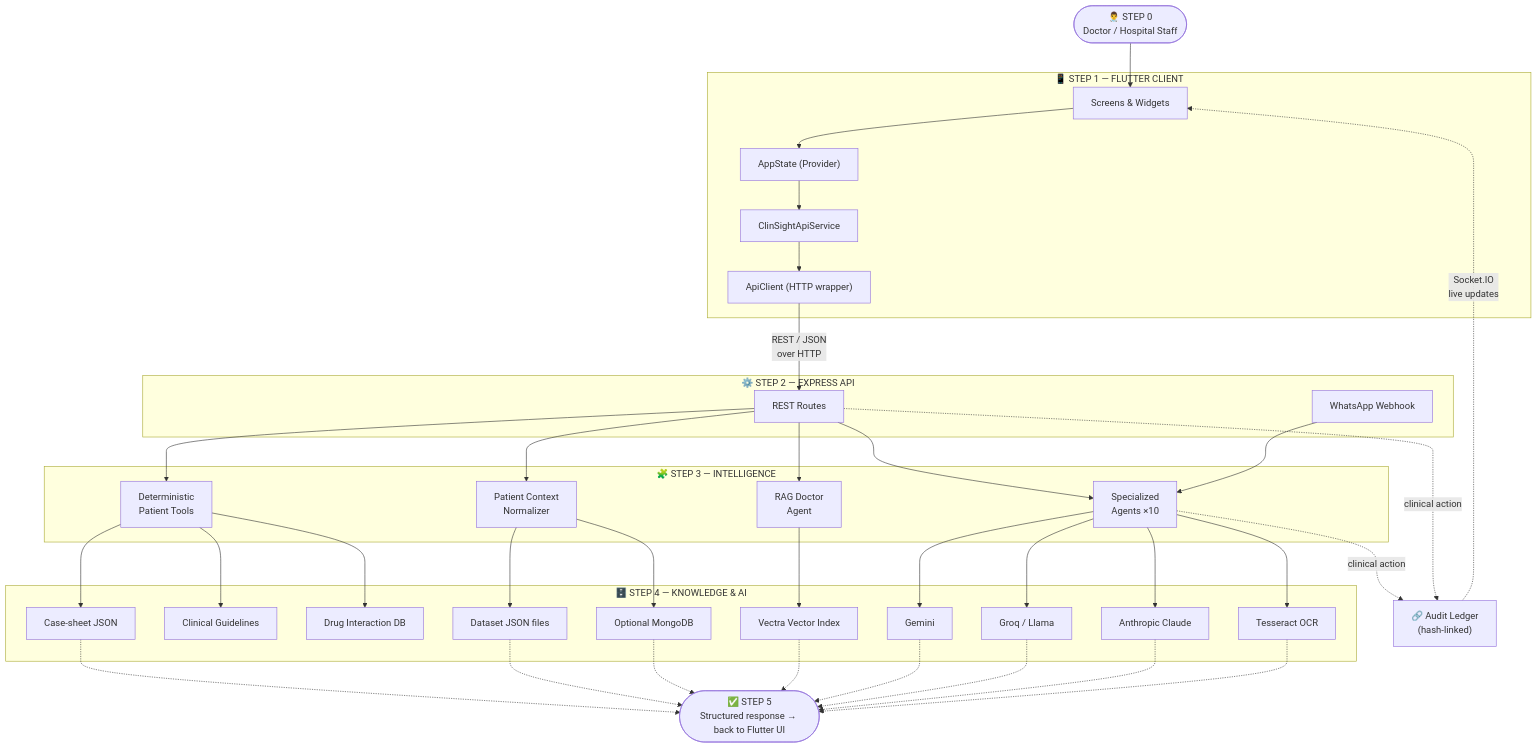
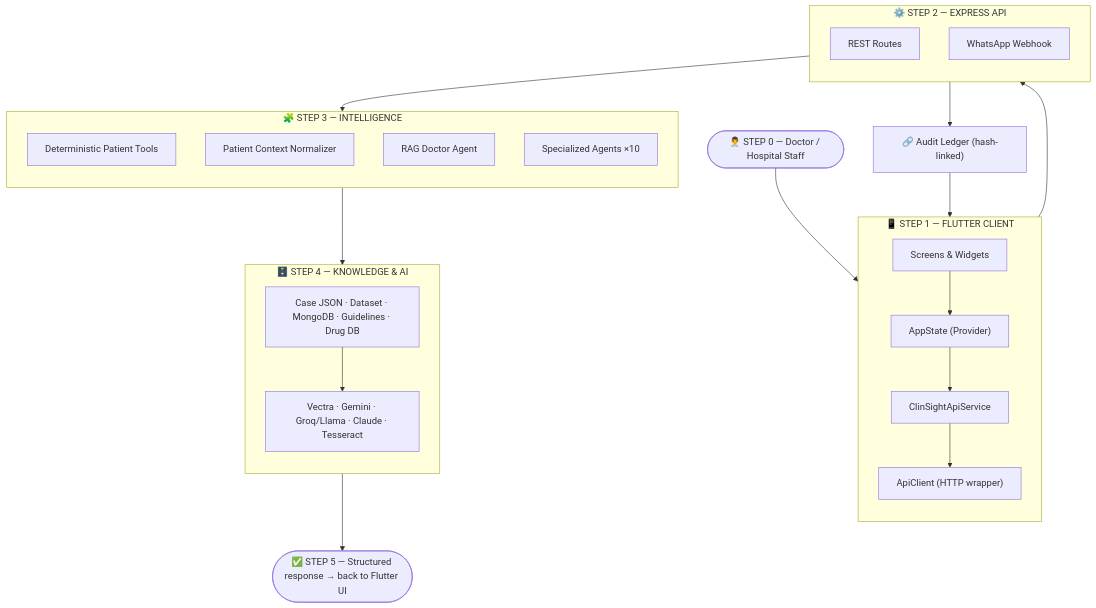
Before and after one commit to dipsitarout/ClinSight: the first of 8 diagrams in README.md, drawn with Mermaid. The commit also changed other lines of this file, not shown here.

````diff
--- a/README.md
+++ b/README.md
@@ -65,72 +65,48 @@
 ```mermaid
 flowchart TB
-    Doctor(["👨‍⚕️ STEP 0\nDoctor / Hospital Staff"])
-
-    Doctor --> UI
+    Doctor(["👨‍⚕️ STEP 0 — Doctor / Hospital Staff"])
+    Doctor --> S1
 
     subgraph S1["📱 STEP 1 — FLUTTER CLIENT"]
+        direction TB
         UI["Screens & Widgets"]
-        UI --> State["AppState (Provider)"]
-        State --> API["ClinSightApiService"]
-        API --> HTTPClient["ApiClient (HTTP wrapper)"]
+        State["AppState (Provider)"]
+        API["ClinSightApiService"]
+        HTTPClient["ApiClient (HTTP wrapper)"]
+        UI --> State --> API --> HTTPClient
     end
 
-    HTTPClient -- "REST / JSON\nover HTTP" --> Routes
+    S1 --> S2
 
     subgraph S2["⚙️ STEP 2 — EXPRESS API"]
+        direction TB
         Routes["REST Routes"]
         WA["WhatsApp Webhook"]
     end
 
-    Routes --> Tools
-    Routes --> Context
-    Routes --> RAG
-    Routes --> Agents
-    WA --> Agents
+    S2 --> S3
 
     subgraph S3["🧩 STEP 3 — INTELLIGENCE"]
-        Tools["Deterministic\nPatient Tools"]
-        Context["Patient Context\nNormalizer"]
-        RAG["RAG Doctor\nAgent"]
-        Agents["Specialized\nAgents ×10"]
+        direction TB
+        Tools["Deterministic Patient Tools"]
+        Context["Patient Context Normalizer"]
+        RAG["RAG Doctor Agent"]
+        Agents["Specialized Agents ×10"]
     end
 
-    Tools --> CaseJSON
-    Tools --> Clinical
-    Tools --> DrugDB
-    Context --> Dataset
-    Context --> Mongo
-    RAG --> Vectra
-    Agents --> Gemini
-    Agents --> Groq
-    Agents --> Claude
-    Agents --> Tesseract
+    S3 --> S4
 
     subgraph S4["🗄️ STEP 4 — KNOWLEDGE & AI"]
-        CaseJSON["Case-sheet JSON"]
-        Dataset["Dataset JSON files"]
-        Mongo["Optional MongoDB"]
-        Clinical["Clinical Guidelines"]
-        DrugDB["Drug Interaction DB"]
-        Vectra["Vectra Vector Index"]
-        Gemini["Gemini"]
-        Groq["Groq / Llama"]
-        Claude["Anthropic Claude"]
-        Tesseract["Tesseract OCR"]
+        direction TB
+        KnowledgeRow["Case JSON · Dataset · MongoDB · Guidelines · Drug DB"]
+        AIRow["Vectra · Gemini · Groq/Llama · Claude · Tesseract"]
+        KnowledgeRow --> AIRow
     end
 
-    CaseJSON -.-> Response
-    Dataset -.-> Response
-    Mongo -.-> Response
-    Vectra -.-> Response
-    Gemini -.-> Response
-    Groq -.-> Response
-    Claude -.-> Response
-    Tesseract -.-> Response
+    S4 --> S5
 
-    Response(["✅ STEP 5\nStructured response → back to Flutter UI"])
+    S5(["✅ STEP 5 — Structured response → back to Flutter UI"])
 
-    Agents -.->|"clinical action"| Audit["🔗 Audit Ledger\n(hash-linked)"]
-    Routes -.->|"clinical action"| Audit
-    Audit -.->|"Socket.IO\nlive updates"| UI
+    S2 --> Audit["🔗 Audit Ledger (hash-linked)"]
+    Audit --> S1
 ```
````
